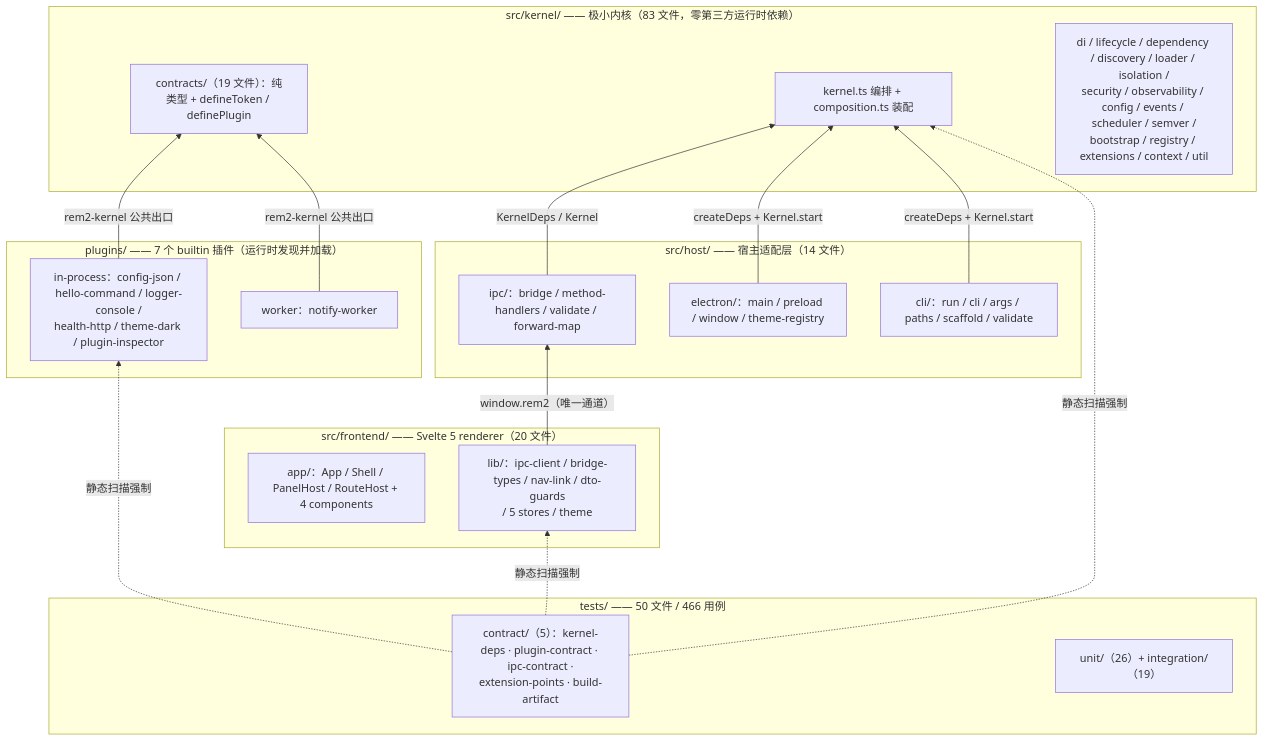
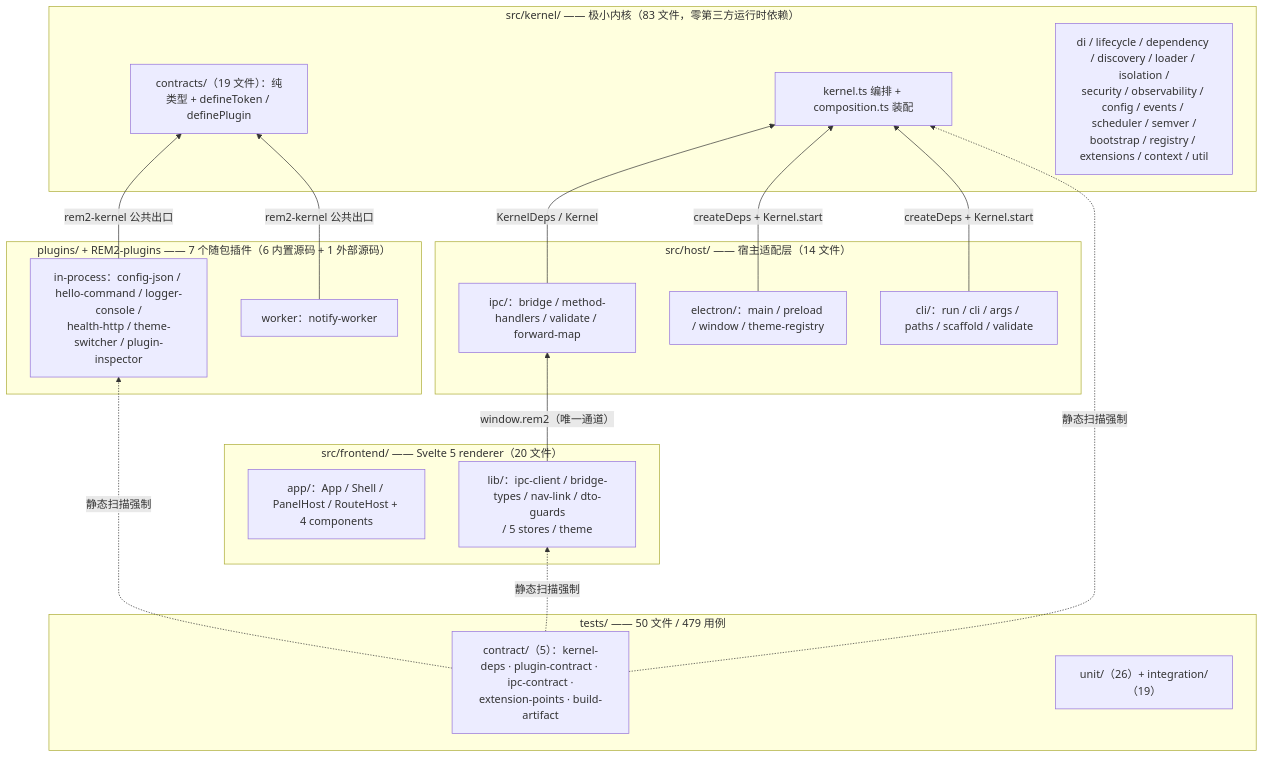
Before and after one commit to kino14910/REM2: the first of 5 diagrams in docs/01-architecture-overview.md, drawn with Mermaid. The commit also changed other lines of this file and 12 other files, not shown here.

````diff
--- a/docs/01-architecture-overview.md
+++ b/docs/01-architecture-overview.md
@@ -19,39 +19,39 @@
 ```mermaid
 graph BT
-    subgraph L1["plugins/ —— 7 个 builtin 插件（运行时发现并加载）"]
-        PA["in-process：config-json / hello-command / logger-console /<br/>health-http / theme-dark / plugin-inspector"]
+    subgraph L1["plugins/ + REM2-plugins —— 7 个随包插件（6 内置源码 + 1 外部源码）"]
+        PA["in-process：config-json / hello-command / logger-console /<br/>health-http / theme-switcher / plugin-inspector"]
         PB["worker：notify-worker"]
     end
 
     subgraph L2["src/frontend/ —— Svelte 5 renderer（20 文件）"]
         FA["app/：App / Shell / PanelHost / RouteHost + 4 components"]
         FB["lib/：ipc-client / bridge-types / nav-link / dto-guards<br/>/ 5 stores / theme"]
     end
 
     subgraph L3["src/host/ —— 宿主适配层（14 文件）"]
         HA["electron/：main / preload / window / theme-registry"]
         HB["ipc/：bridge / method-handlers / validate / forward-map"]
         HC["cli/：run / cli / args / paths / scaffold / validate"]
     end
 
     subgraph L4["src/kernel/ —— 极小内核（83 文件，零第三方运行时依赖）"]
         KA["contracts/（19 文件）：纯类型 + defineToken / definePlugin"]
         KB["kernel.ts 编排 + composition.ts 装配"]
         KC["di / lifecycle / dependency / discovery / loader / isolation /<br/>security / observability / config / events / scheduler / semver /<br/>bootstrap / registry / extensions / context / util"]
     end
 
-    subgraph L5["tests/ —— 50 文件 / 466 用例"]
+    subgraph L5["tests/ —— 50 文件 / 479 用例"]
         TA["contract/（5）：kernel-deps · plugin-contract · ipc-contract ·<br/>extension-points · build-artifact"]
         TB["unit/（26）+ integration/（19）"]
     end
 
     FB -->|"window.rem2（唯一通道）"| HB
     HB -->|"KernelDeps / Kernel"| KB
     HA -->|"createDeps + Kernel.start"| KB
     HC -->|"createDeps + Kernel.start"| KB
     PA -->|"rem2-kernel 公共出口"| KA
     PB -->|"rem2-kernel 公共出口"| KA
     TA -.->|"静态扫描强制"| KB
     TA -.->|"静态扫描强制"| FB
     TA -.->|"静态扫描强制"| PA
 ```
````
